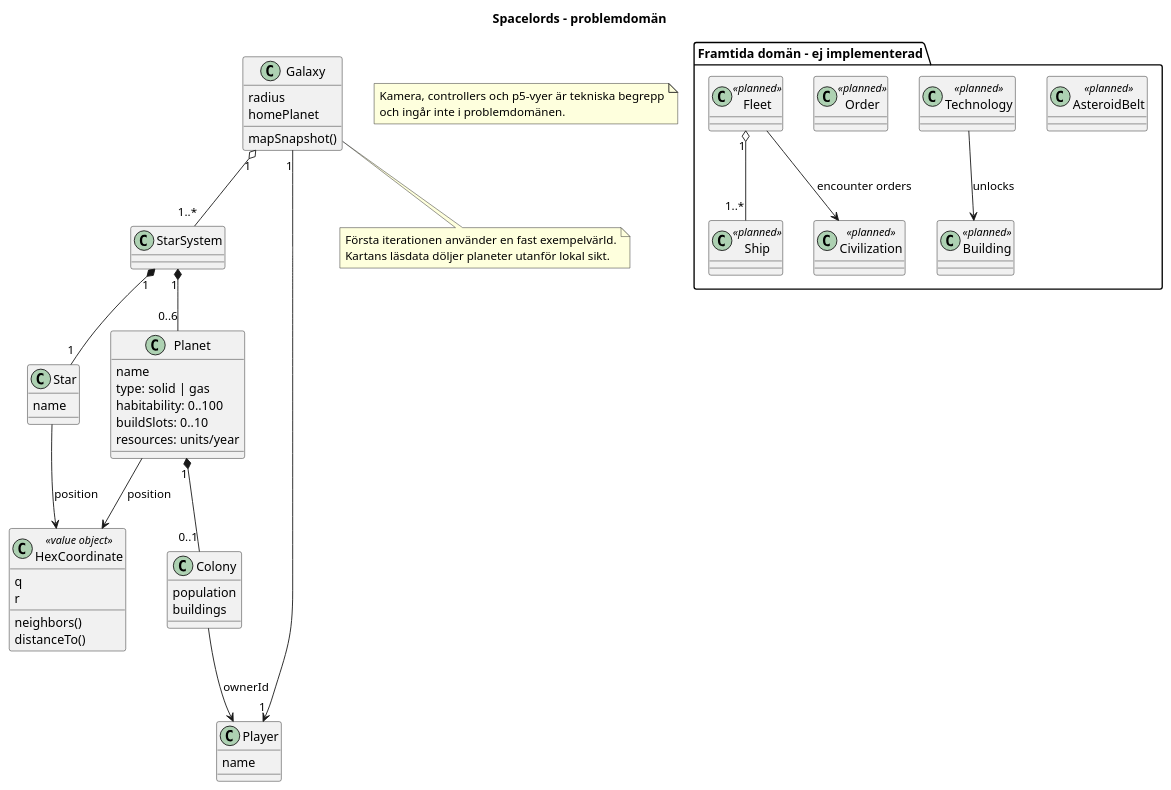
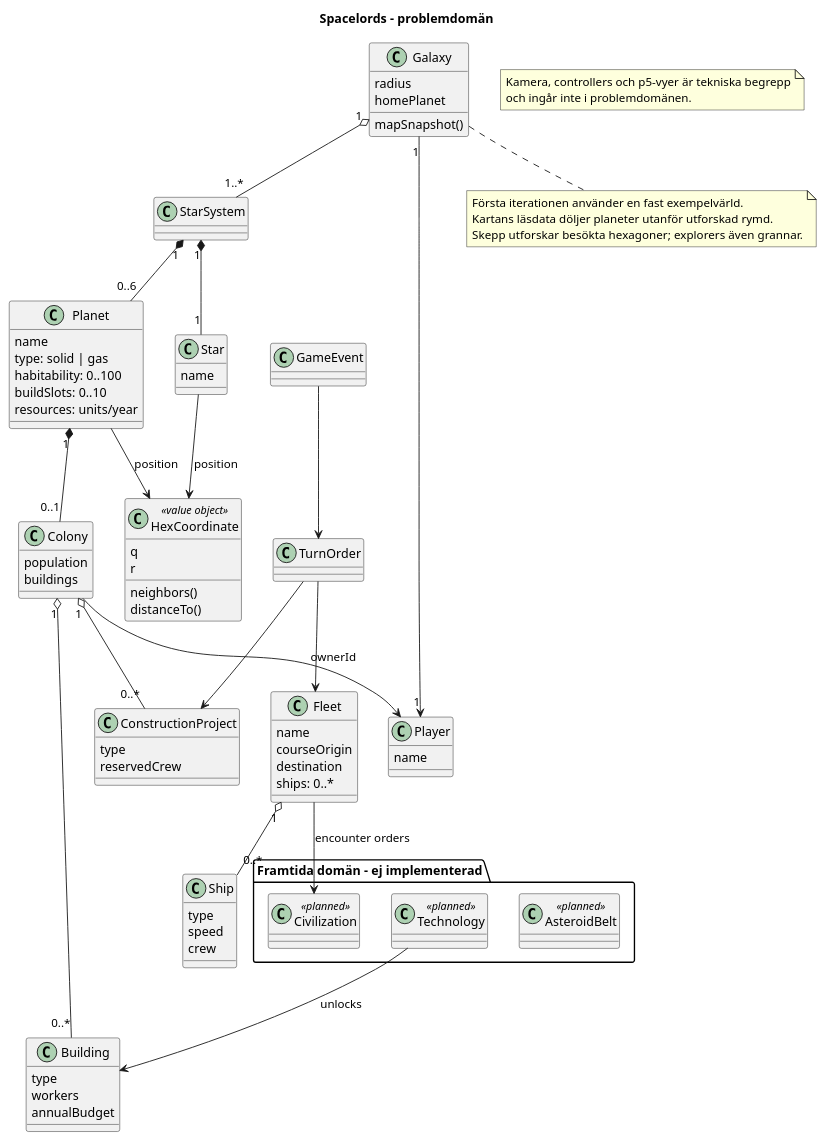
Before and after one commit to dntoll/spacelords: the diagram in docs/domain-model.puml, drawn with PlantUML. The commit also changed 18 other files, not shown here.

```diff
--- a/docs/domain-model.puml
+++ b/docs/domain-model.puml
@@ -1,63 +1,87 @@
 @startuml
 title Spacelords – problemdomän
 
 class Galaxy {
   radius
   homePlanet
   mapSnapshot()
 }
 class StarSystem
 class Star {
   name
 }
 class Planet {
   name
   type: solid | gas
   habitability: 0..100
   buildSlots: 0..10
   resources: units/year
 }
 class Colony {
   population
   buildings
 }
+class Building {
+  type
+  workers
+  annualBudget
+}
+class ConstructionProject {
+  type
+  reservedCrew
+}
+class Ship {
+  type
+  speed
+  crew
+}
+class Fleet {
+  name
+  courseOrigin
+  destination
+  ships: 0..*
+}
+class TurnOrder
+class GameEvent
 class Player {
   name
 }
 class HexCoordinate <<value object>> {
   q
   r
   neighbors()
   distanceTo()
 }
 
 Galaxy "1" o-- "1..*" StarSystem
 Galaxy "1" --> "1" Player
 StarSystem "1" *-- "1" Star
 StarSystem "1" *-- "0..6" Planet
 Star --> HexCoordinate : position
 Planet --> HexCoordinate : position
 Planet "1" *-- "0..1" Colony
 Colony --> Player : ownerId
+Colony "1" o-- "0..*" Building
+Colony "1" o-- "0..*" ConstructionProject
+Fleet "1" o-- "0..*" Ship
+TurnOrder --> ConstructionProject
+TurnOrder --> Fleet
+GameEvent --> TurnOrder
 
 note bottom of Galaxy
   Första iterationen använder en fast exempelvärld.
-  Kartans läsdata döljer planeter utanför lokal sikt.
+  Kartans läsdata döljer planeter utanför utforskad rymd.
+  Skepp utforskar besökta hexagoner; explorers även grannar.
 end note
 
 package "Framtida domän – ej implementerad" {
   class AsteroidBelt <<planned>>
-  class Building <<planned>>
   class Technology <<planned>>
-  class Order <<planned>>
-  class Fleet <<planned>>
-  class Ship <<planned>>
   class Civilization <<planned>>
-  Fleet "1" o-- "1..*" Ship
   Fleet --> Civilization : encounter orders
   Technology --> Building : unlocks
 }
 
 note "Kamera, controllers och p5-vyer är tekniska begrepp\noch ingår inte i problemdomänen." as Scope
 
 @enduml
```
